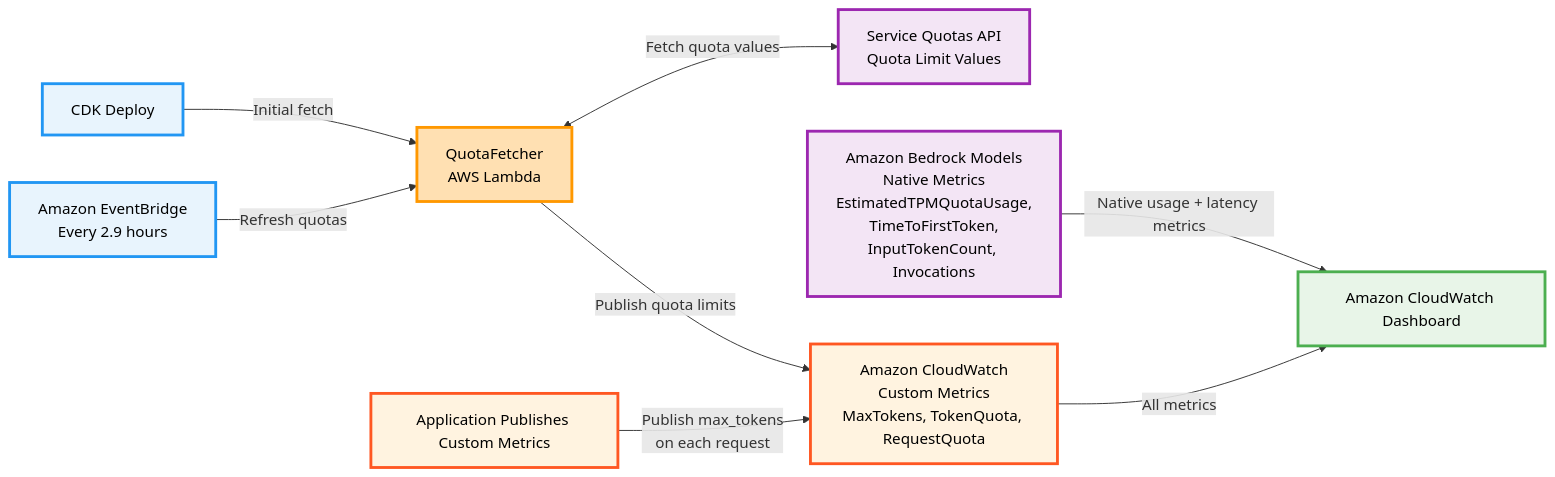
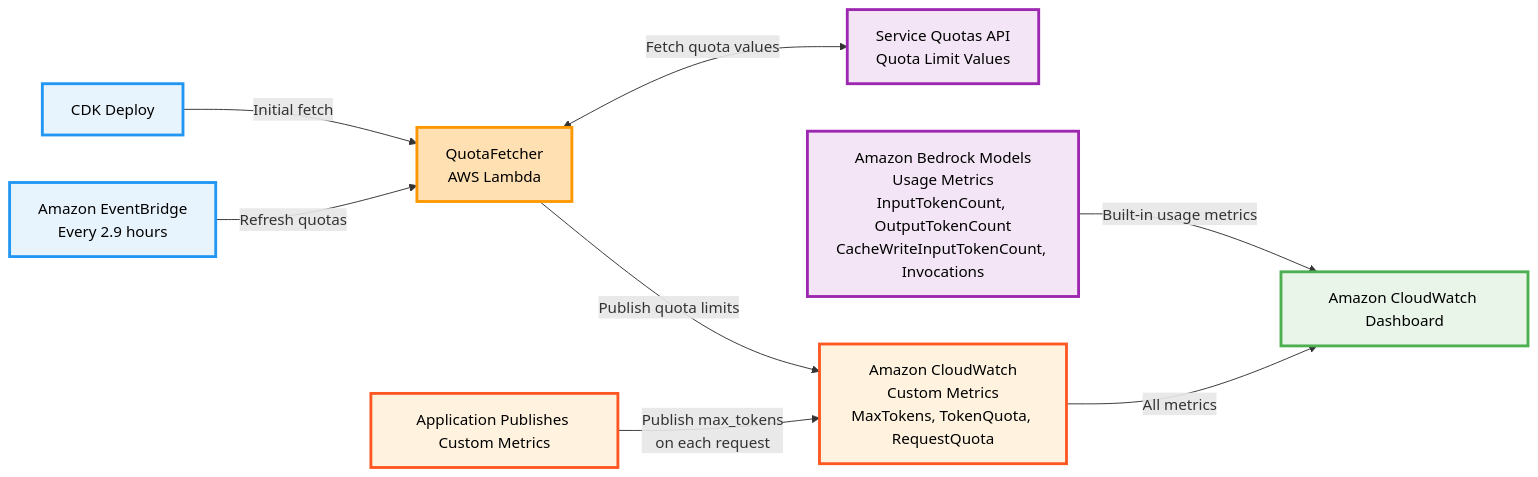
Before and after one commit to bkc1/sample-quota-dashboard-for-amazon-bedrock: the diagram in README.md, drawn with Mermaid. The commit also changed other lines of this file and 2 other files, not shown here.

Commit message:
Revert "feat: replace Actual Consumption with native EstimatedTPMQuotaUsage m…"

````diff
--- a/README.md
+++ b/README.md
@@ -305,46 +292,46 @@
 ```mermaid
 graph LR
     %% Triggers
     DEPLOY[CDK Deploy]
     SCHEDULE[Amazon EventBridge<br/>Every 2.9 hours]
     
     %% Core Function
     LAMBDA[QuotaFetcher<br/>AWS Lambda]
     
     %% Data Sources
     QUOTAS[Service Quotas API<br/>Quota Limit Values]
-    BEDROCK[Amazon Bedrock Models<br/>Native Metrics<br/>EstimatedTPMQuotaUsage,<br/>TimeToFirstToken,<br/>InputTokenCount, Invocations]
+    BEDROCK[Amazon Bedrock Models<br/>Usage Metrics<br/>InputTokenCount, OutputTokenCount<br/>CacheWriteInputTokenCount, Invocations]
     
     %% Custom Metrics Source
     APP[Application Publishes Custom Metrics]
     
     %% CloudWatch Metrics
     CW_CUSTOM[Amazon CloudWatch<br/>Custom Metrics<br/>MaxTokens, TokenQuota, RequestQuota]
     
     %% Output
     DASHBOARD[Amazon CloudWatch Dashboard]
     
     %% Flow - Quota Management
     DEPLOY -->|Initial fetch| LAMBDA
     SCHEDULE -->|Refresh quotas| LAMBDA
     LAMBDA <-->|Fetch quota values| QUOTAS
     LAMBDA -->|Publish quota limits| CW_CUSTOM
     
     %% Flow - Usage Tracking
-    BEDROCK -->|Native usage + latency metrics| DASHBOARD
+    BEDROCK -->|Built-in usage metrics| DASHBOARD
     APP -->|Publish max_tokens<br/>on each request| CW_CUSTOM
     CW_CUSTOM -->|All metrics| DASHBOARD
     
     %% Improved Styling for Better Readability
     classDef trigger fill:#E8F4FD,stroke:#2196F3,stroke-width:3px,color:#000
     classDef lambda fill:#FFE0B2,stroke:#FF9800,stroke-width:3px,color:#000
     classDef data fill:#F3E5F5,stroke:#9C27B0,stroke-width:3px,color:#000
     classDef custom fill:#FFF3E0,stroke:#FF5722,stroke-width:3px,color:#000
     classDef output fill:#E8F5E8,stroke:#4CAF50,stroke-width:3px,color:#000
     
     class DEPLOY,SCHEDULE trigger
     class LAMBDA lambda
     class QUOTAS,BEDROCK data
     class APP,CW_CUSTOM custom
     class DASHBOARD output
 ```
````
